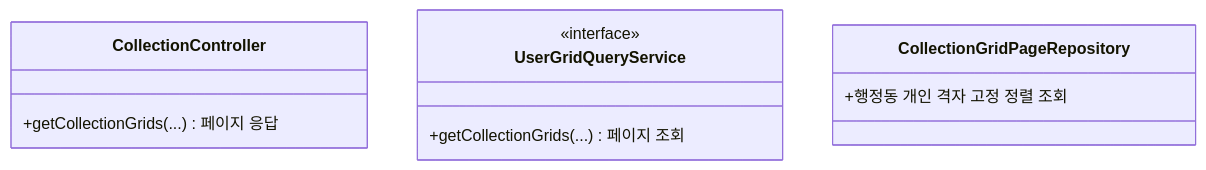
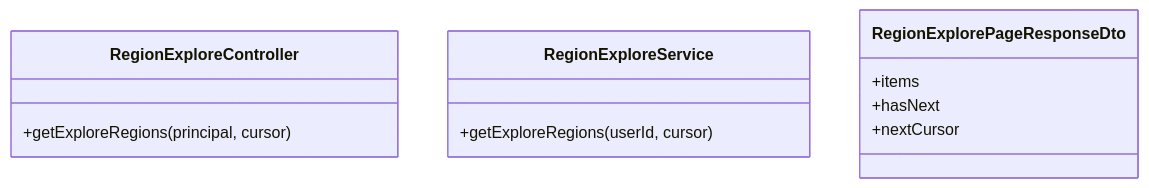
The second of 2 diagrams in docs/prd/MSG-460-prd.md (ASM-MSG/BE), drawn with Mermaid before and after one commit. The commit also changed other lines of this file and 5 other files, not shown here.

````diff
--- a/docs/prd/MSG-460-prd.md
+++ b/docs/prd/MSG-460-prd.md
@@ -77,13 +69,14 @@
 ```mermaid
 classDiagram
-    class CollectionController {
-        +getCollectionGrids(...) 페이지 응답
+    class RegionExploreController {
+        +getExploreRegions(principal, cursor)
     }
-    class UserGridQueryService {
-        <<interface>>
-        +getCollectionGrids(...) 페이지 조회
+    class RegionExploreService {
+        +getExploreRegions(userId, cursor)
     }
-    class CollectionGridPageRepository {
-        +행정동 개인 격자 고정 정렬 조회
+    class RegionExplorePageResponseDto {
+        +items
+        +hasNext
+        +nextCursor
     }
 ```
````
